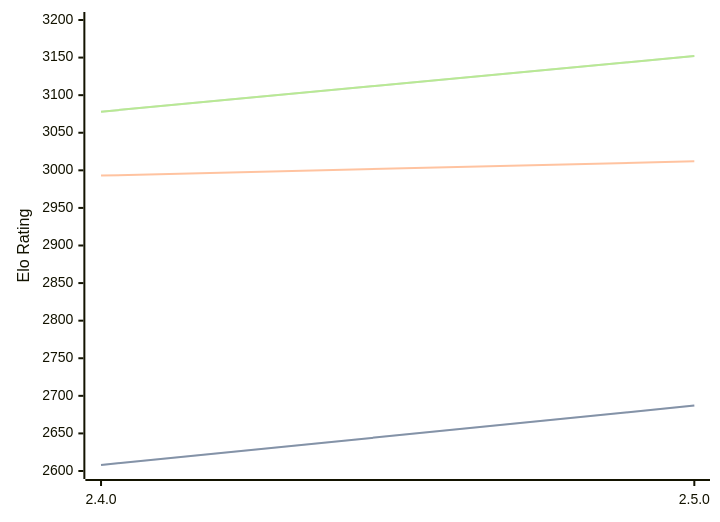
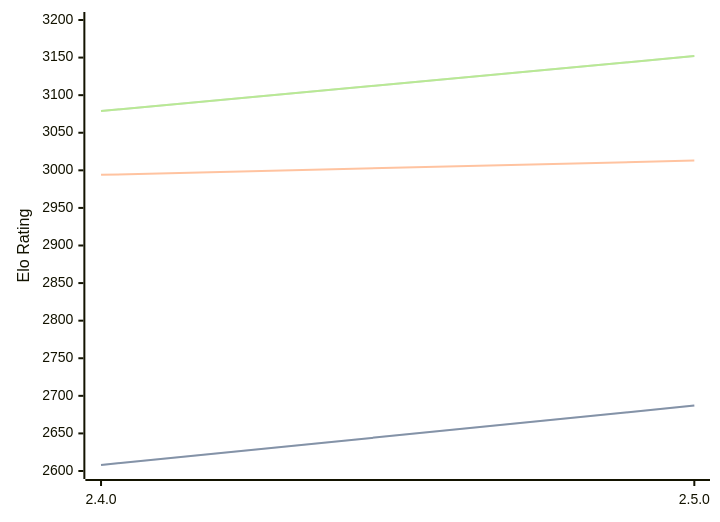
Before and after one commit to computer-chess-index/cci: the diagram in engines/Sturddle2.md, drawn with Mermaid. The commit also changed other lines of this file, not shown here.

Commit message:
Update CCI Ratings (ELO VLTC) - 2026-07-23

````diff
--- a/engines/Sturddle2.md
+++ b/engines/Sturddle2.md
@@ -37,11 +37,11 @@
 ```mermaid
 %%{init: {"theme":"base","themeVariables":{"seriesColors:['#a3a3a3','#222221','#faa371']}}}%%
 xychart-beta
   x-axis ["2.4.0", "2.5.0"]
   y-axis "Elo Rating" 2600 --> 3200
   line "STC (8.0+0.08s)" [2608, 2687]
   line "STC (8.0+0.08s)" [2608, 2687]
-  line "LTC (60.0+0.60s)" [2993, 3012]
-  line "VLTC (2m24s+1.12s)" [3078, 3152]
-  line "VLTC (2m24s+1.12s)" [3078, 3152]
+  line "LTC (60.0+0.60s)" [2994, 3013]
+  line "VLTC (2m24s+1.12s)" [3079, 3152]
+  line "VLTC (2m24s+1.12s)" [3079, 3152]
 ```
````
